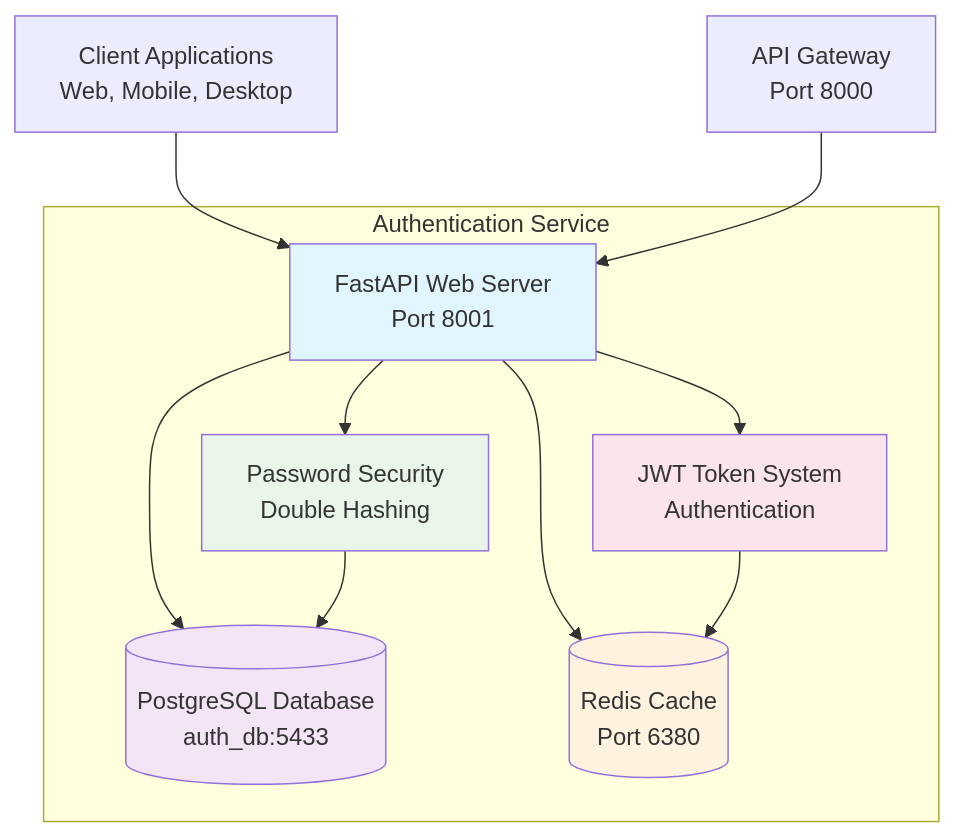
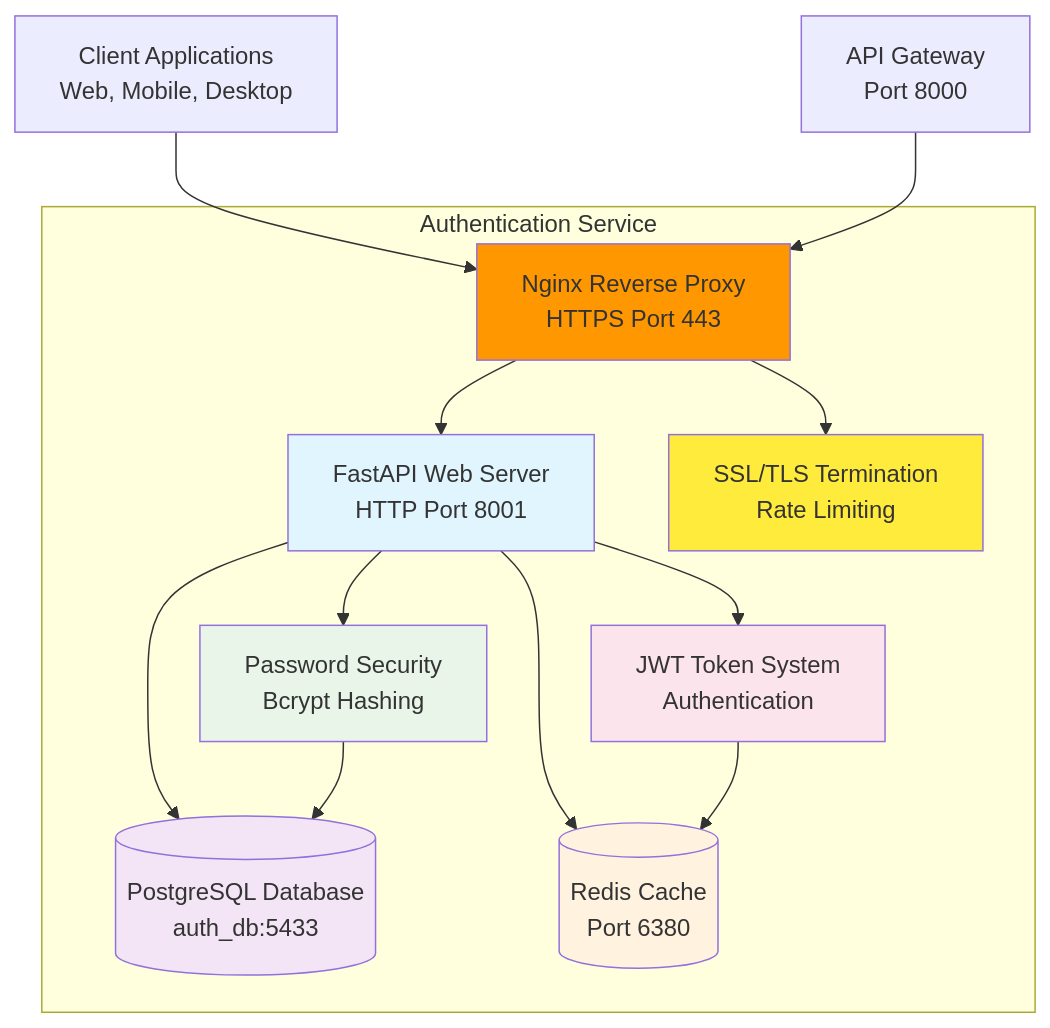
The first of 7 diagrams in src/auth_service/README.md (sudhan-m/munshi), drawn with Mermaid before and after one commit. The commit also changed other lines of this file and 13 other files, not shown here.

First line of the commit message:
Add HTTPS reverse proxy and update authentication flow

````diff
--- a/src/auth_service/README.md
+++ b/src/auth_service/README.md
@@ -37,29 +39,35 @@
 ```mermaid
 graph TB
     subgraph "Authentication Service"
-        API[FastAPI Web Server<br/>Port 8001]
+        NGINX[Nginx Reverse Proxy<br/>HTTPS Port 443]
+        API[FastAPI Web Server<br/>HTTP Port 8001]
         DB[(PostgreSQL Database<br/>auth_db:5433)]
         REDIS[(Redis Cache<br/>Port 6380)]
-        AUTH[Password Security<br/>Double Hashing]
+        AUTH[Password Security<br/>Bcrypt Hashing]
         JWT[JWT Token System<br/>Authentication]
+        SSL[SSL/TLS Termination<br/>Rate Limiting]
         
+        NGINX --> API
+        NGINX --> SSL
         API --> DB
         API --> REDIS
         API --> AUTH
         API --> JWT
         AUTH --> DB
         JWT --> REDIS
     end
     
     CLIENT[Client Applications<br/>Web, Mobile, Desktop]
     GATEWAY[API Gateway<br/>Port 8000]
     
-    CLIENT --> API
-    GATEWAY --> API
+    CLIENT --> NGINX
+    GATEWAY --> NGINX
     
+    style NGINX fill:#ff9800
     style API fill:#e1f5fe
     style DB fill:#f3e5f5
     style REDIS fill:#fff3e0
     style AUTH fill:#e8f5e8
     style JWT fill:#fce4ec
+    style SSL fill:#ffeb3b
 ```
````
